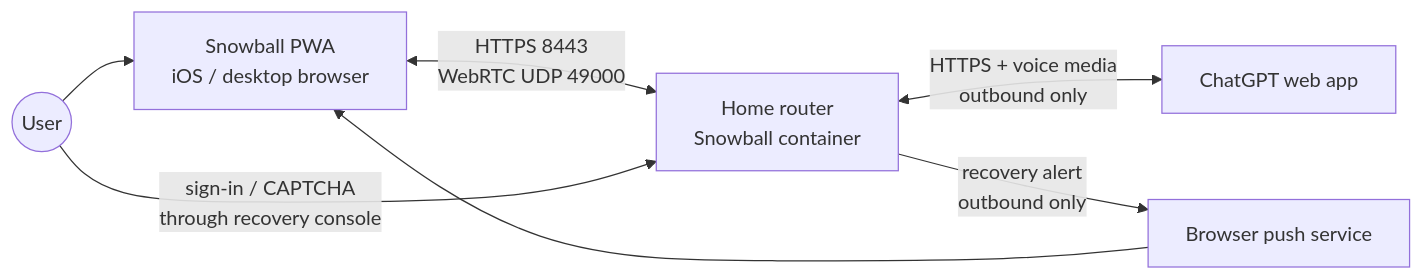
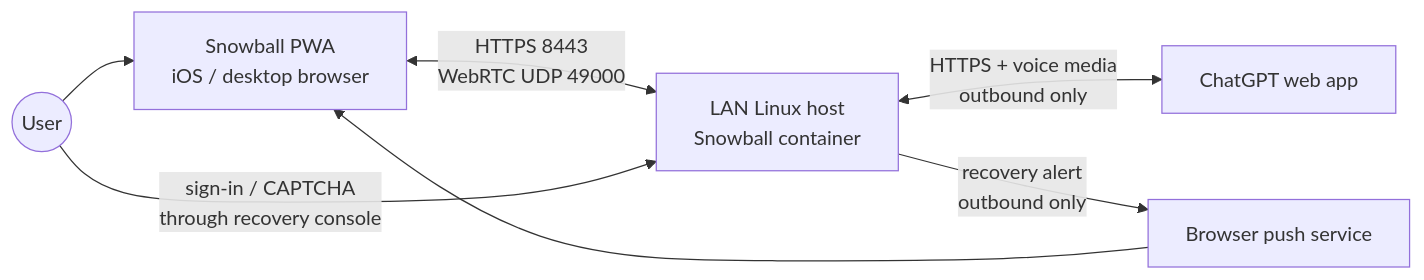
One commit to fkiller/snowball changed the first of 6 diagrams in ARCHITECTURE.md. Above: the diagram before and after it, drawn with Mermaid. The commit also changed other lines of this file and 45 other files, not shown here.

````diff
--- a/ARCHITECTURE.md
+++ b/ARCHITECTURE.md
@@ -7,15 +7,15 @@
 ```mermaid
 flowchart LR
     User((User))
     Client["Snowball PWA<br/>iOS / desktop browser"]
-    Router["Home router<br/>Snowball container"]
+    Router["LAN Linux host<br/>Snowball container"]
     ChatGPT["ChatGPT web app"]
     Push["Browser push service"]
 
     User --> Client
     Client <-->|"HTTPS 8443<br/>WebRTC UDP 49000"| Router
     User -->|"sign-in / CAPTCHA<br/>through recovery console"| Router
     Router <-->|"HTTPS + voice media<br/>outbound only"| ChatGPT
     Router -->|"recovery alert<br/>outbound only"| Push
     Push --> Client
 ```
````
